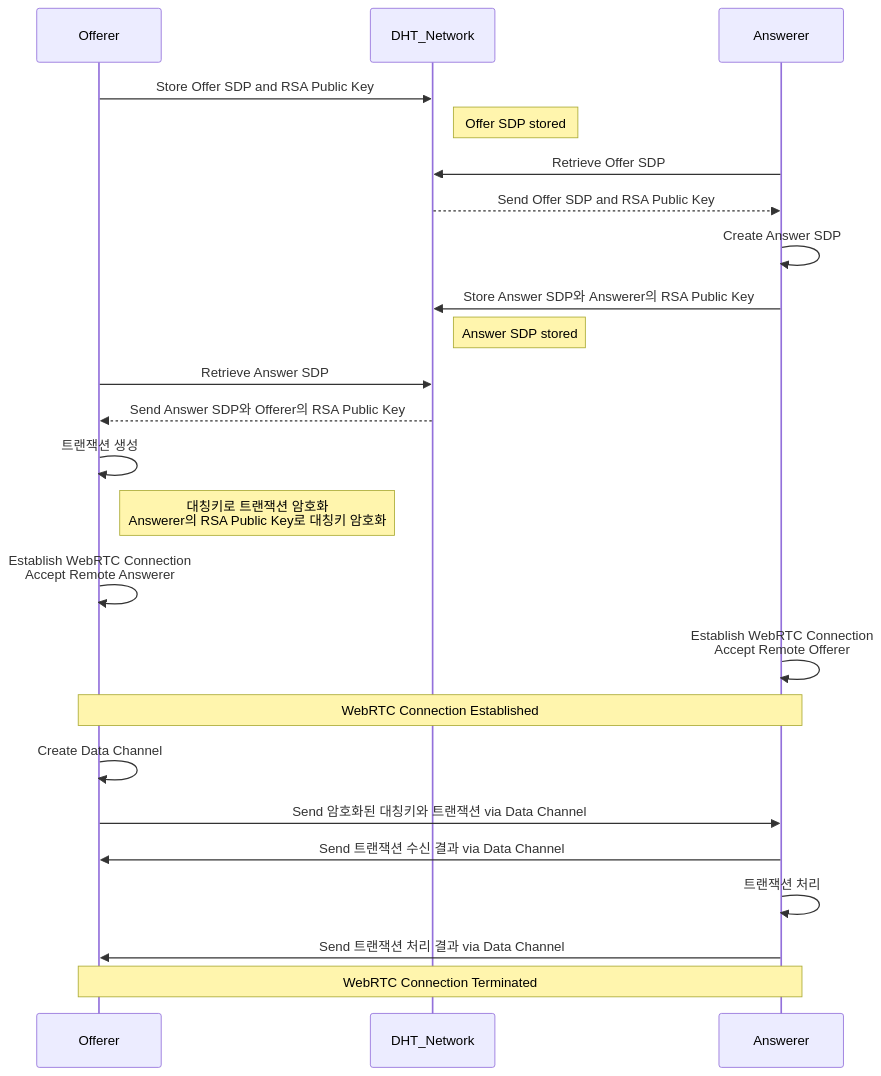
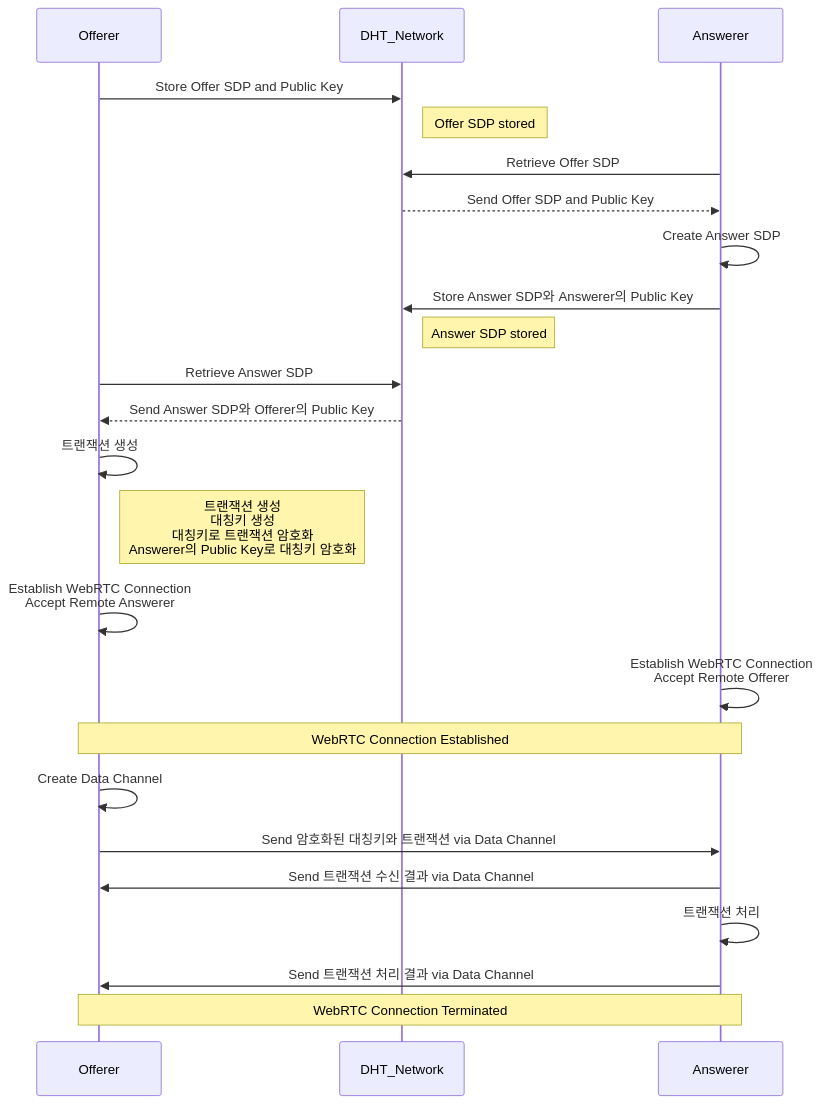
The second of 2 diagrams in README.md (tanminkwan/blockchain), drawn with Mermaid before and after one commit. The commit also changed other lines of this file, not shown here.

````diff
--- a/README.md
+++ b/README.md
@@ -28,34 +28,34 @@
 ```mermaid
 sequenceDiagram
     participant Offerer
     participant DHT_Network
     participant Answerer
 
-    Offerer->>DHT_Network: Store Offer SDP and RSA Public Key
+    Offerer->>DHT_Network: Store Offer SDP and Public Key
     Note right of DHT_Network: Offer SDP stored
 
     Answerer->>DHT_Network: Retrieve Offer SDP
-    DHT_Network-->>Answerer: Send Offer SDP and RSA Public Key
+    DHT_Network-->>Answerer: Send Offer SDP and Public Key
 
     Answerer->>Answerer: Create Answer SDP
-    Answerer->>DHT_Network: Store Answer SDP와 Answerer의 RSA Public Key
+    Answerer->>DHT_Network: Store Answer SDP와 Answerer의 Public Key
     Note right of DHT_Network: Answer SDP stored
 
     Offerer->>DHT_Network: Retrieve Answer SDP
-    DHT_Network-->>Offerer: Send Answer SDP와 Offerer의 RSA Public Key
+    DHT_Network-->>Offerer: Send Answer SDP와 Offerer의 Public Key
 
     Offerer->>Offerer: 트랜잭션 생성
-    Note right of Offerer: 대칭키로 트랜잭션 암호화<br/>Answerer의 RSA Public Key로 대칭키 암호화
+    Note right of Offerer: 트랜잭션 생성<br/>대칭키 생성<br/>대칭키로 트랜잭션 암호화<br/>Answerer의 Public Key로 대칭키 암호화
     
     Offerer->>Offerer: Establish WebRTC Connection<br/>Accept Remote Answerer
     Answerer->>Answerer: Establish WebRTC Connection<br/>Accept Remote Offerer
 
     Note over Offerer,Answerer: WebRTC Connection Established
     Offerer->>Offerer: Create Data Channel
     Offerer->>Answerer: Send 암호화된 대칭키와 트랜잭션 via Data Channel
     Answerer->>Offerer: Send 트랜잭션 수신 결과 via Data Channel
     Answerer->>Answerer: 트랜잭션 처리
     Answerer->>Offerer: Send 트랜잭션 처리 결과 via Data Channel
 
     Note over Offerer,Answerer: WebRTC Connection Terminated
 ```
````
